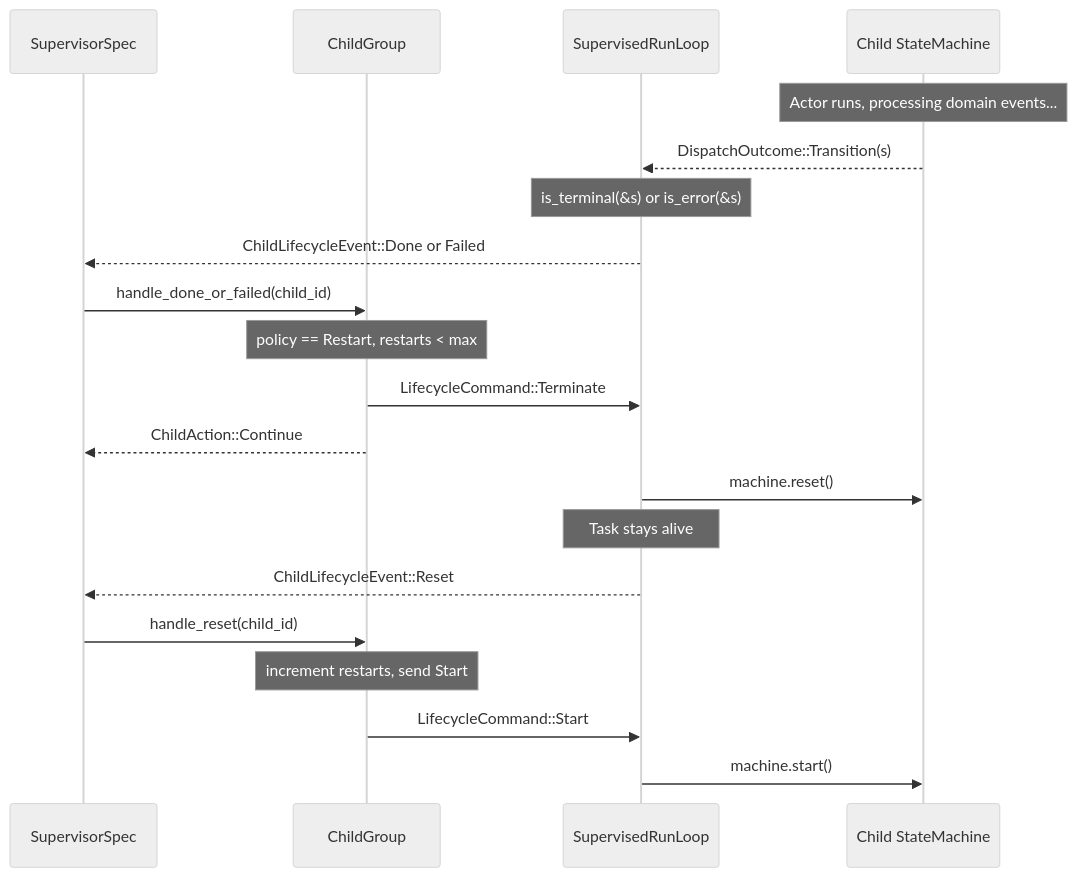
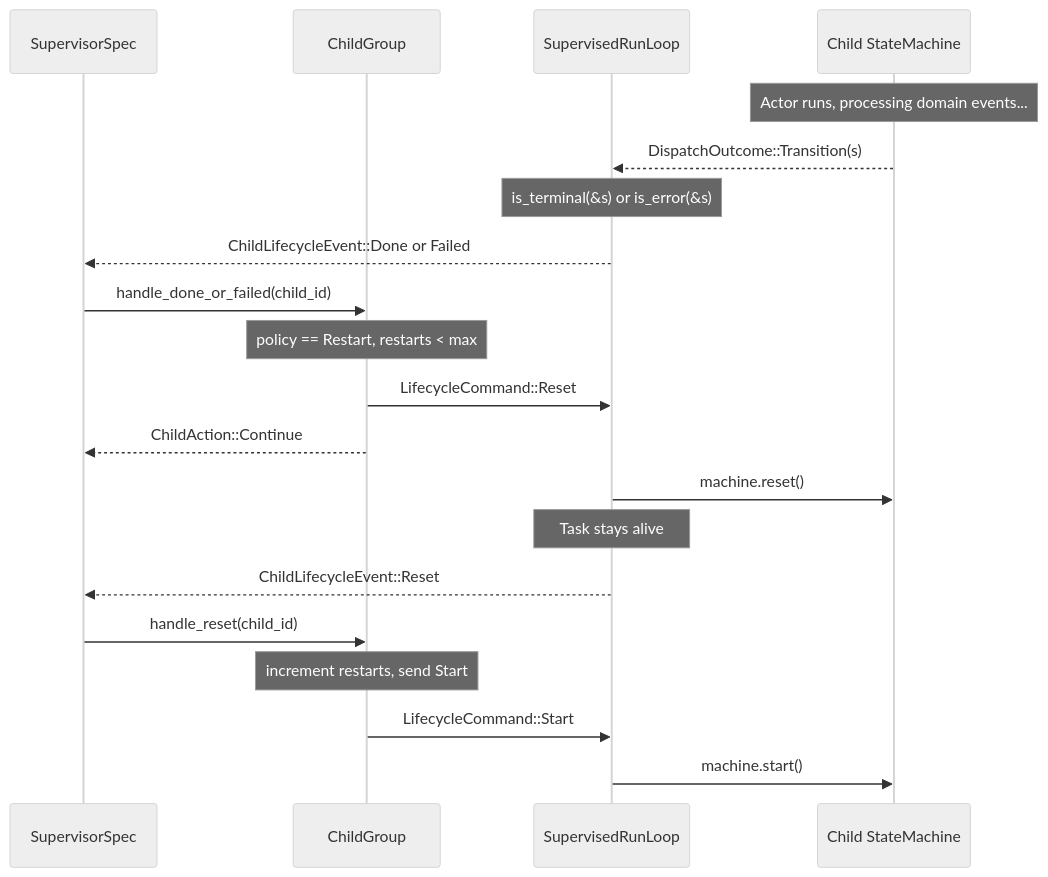
The second of 3 diagrams in spec/architecture/08-supervision.md (bloxide-com/bloxide), drawn with Mermaid (neutral theme) before and after one commit. The commit also changed other lines of this file and 215 other files, not shown here.

````diff
--- a/spec/architecture/08-supervision.md
+++ b/spec/architecture/08-supervision.md
@@ -213,24 +365,24 @@
 ```mermaid
 sequenceDiagram
     participant Sup as SupervisorSpec
     participant CG as ChildGroup
     participant RT as SupervisedRunLoop
     participant M as Child StateMachine
 
     Note over M: Actor runs, processing domain events...
 
     M-->>RT: DispatchOutcome::Transition(s)
     Note over RT: is_terminal(&s) or is_error(&s)
     RT-->>Sup: ChildLifecycleEvent::Done or Failed
     Sup->>CG: handle_done_or_failed(child_id)
     Note over CG: policy == Restart, restarts < max
-    CG->>RT: LifecycleCommand::Terminate
+    CG->>RT: LifecycleCommand::Reset
     CG-->>Sup: ChildAction::Continue
     RT->>M: machine.reset()
     Note over RT: Task stays alive
     RT-->>Sup: ChildLifecycleEvent::Reset
     Sup->>CG: handle_reset(child_id)
     Note over CG: increment restarts, send Start
     CG->>RT: LifecycleCommand::Start
     RT->>M: machine.start()
 ```
````
